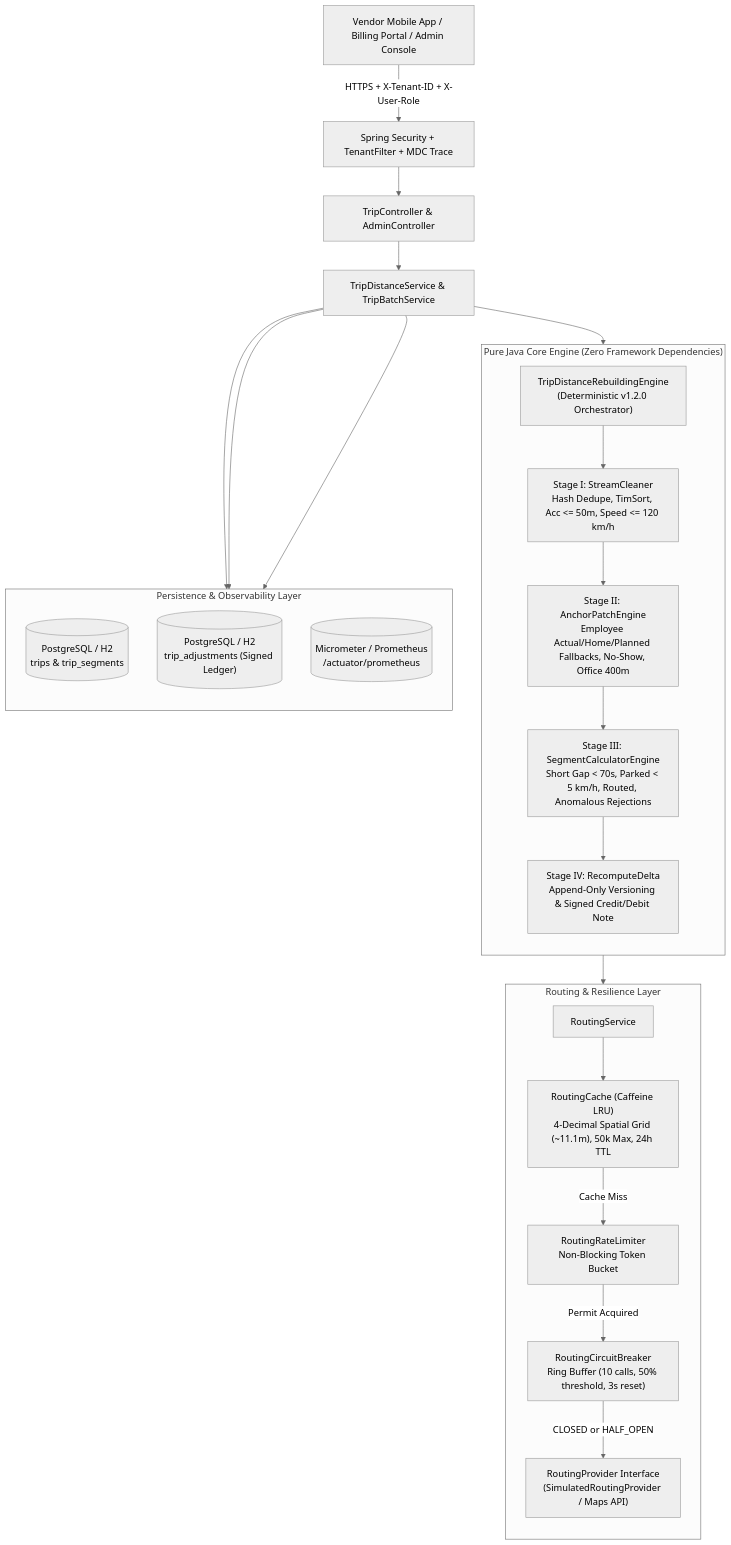
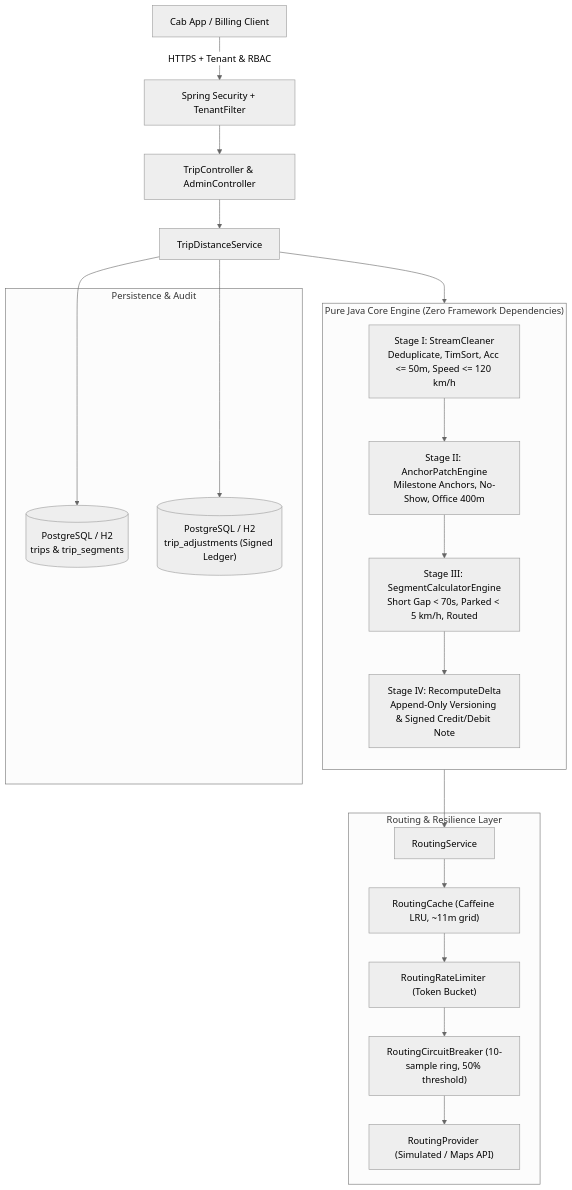
Before and after one commit to kamran-asif/GPS-Gap-Backfill-Billable-Distance-Reconstruction: the first of 3 diagrams in DESIGN.md, drawn with Mermaid (neutral theme). The commit also changed other lines of this file, not shown here.

Commit message:
docs: streamline DESIGN.md to be crisp, concise, and focused on core decisions

````diff
--- a/DESIGN.md
+++ b/DESIGN.md
@@ -85,44 +21,34 @@
 ```mermaid
 flowchart TD
-    Client["Vendor Mobile App / Billing Portal / Admin Console"] -->|HTTPS + X-Tenant-ID + X-User-Role| Gateway["Spring Security + TenantFilter + MDC Trace"]
+    Client["Cab App / Billing Client"] -->|HTTPS + Tenant & RBAC| Gateway["Spring Security + TenantFilter"]
     Gateway --> TripCtrl["TripController & AdminController"]
-    TripCtrl --> TripSvc["TripDistanceService & TripBatchService"]
+    TripCtrl --> TripSvc["TripDistanceService"]
 
     subgraph PureJavaCore ["Pure Java Core Engine (Zero Framework Dependencies)"]
         direction TB
-        Orchestrator["TripDistanceRebuildingEngine<br/>(Deterministic v1.2.0 Orchestrator)"]
-        Stage1["Stage I: StreamCleaner<br/>Hash Dedupe, TimSort, Acc <= 50m, Speed <= 120 km/h"]
-        Stage2["Stage II: AnchorPatchEngine<br/>Employee Actual/Home/Planned Fallbacks, No-Show, Office 400m"]
-        Stage3["Stage III: SegmentCalculatorEngine<br/>Short Gap < 70s, Parked < 5 km/h, Routed, Anomalous Rejections"]
+        Stage1["Stage I: StreamCleaner<br/>Deduplicate, TimSort, Acc <= 50m, Speed <= 120 km/h"]
+        Stage2["Stage II: AnchorPatchEngine<br/>Milestone Anchors, No-Show, Office 400m"]
+        Stage3["Stage III: SegmentCalculatorEngine<br/>Short Gap < 70s, Parked < 5 km/h, Routed"]
         Stage4["Stage IV: RecomputeDelta<br/>Append-Only Versioning & Signed Credit/Debit Note"]
-
-        Orchestrator --> Stage1 --> Stage2 --> Stage3 --> Stage4
+        Stage1 --> Stage2 --> Stage3 --> Stage4
     end
 
     subgraph RoutingResilience ["Routing & Resilience Layer"]
-        direction TB
         RoutingSvc["RoutingService"]
-        GridCache["RoutingCache (Caffeine LRU)<br/>4-Decimal Spatial Grid (~11.1m), 50k Max, 24h TTL"]
-        RateLimiter["RoutingRateLimiter<br/>Non-Blocking Token Bucket"]
-        CircuitBreaker["RoutingCircuitBreaker<br/>Ring Buffer (10 calls, 50% threshold, 3s reset)"]
-        Provider["RoutingProvider Interface<br/>(SimulatedRoutingProvider / Maps API)"]
-
-        RoutingSvc --> GridCache
-        GridCache -->|Cache Miss| RateLimiter
-        RateLimiter -->|Permit Acquired| CircuitBreaker
-        CircuitBreaker -->|CLOSED or HALF_OPEN| Provider
+        GridCache["RoutingCache (Caffeine LRU, ~11m grid)"]
+        RateLimiter["RoutingRateLimiter (Token Bucket)"]
+        CircuitBreaker["RoutingCircuitBreaker (10-sample ring, 50% threshold)"]
+        Provider["RoutingProvider (Simulated / Maps API)"]
+        RoutingSvc --> GridCache --> RateLimiter --> CircuitBreaker --> Provider
     end
 
-    subgraph PersistenceAndAudit ["Persistence & Observability Layer"]
-        direction TB
+    subgraph Persistence ["Persistence & Audit"]
         TripRepo[("PostgreSQL / H2<br/>trips & trip_segments")]
         AdjRepo[("PostgreSQL / H2<br/>trip_adjustments (Signed Ledger)")]
-        Prom[("Micrometer / Prometheus<br/>/actuator/prometheus")]
     end
 
-    TripSvc --> Orchestrator
+    TripSvc --> PureJavaCore
     Stage3 --> RoutingSvc
     TripSvc --> TripRepo
     TripSvc --> AdjRepo
-    TripSvc --> Prom
 ```
````
